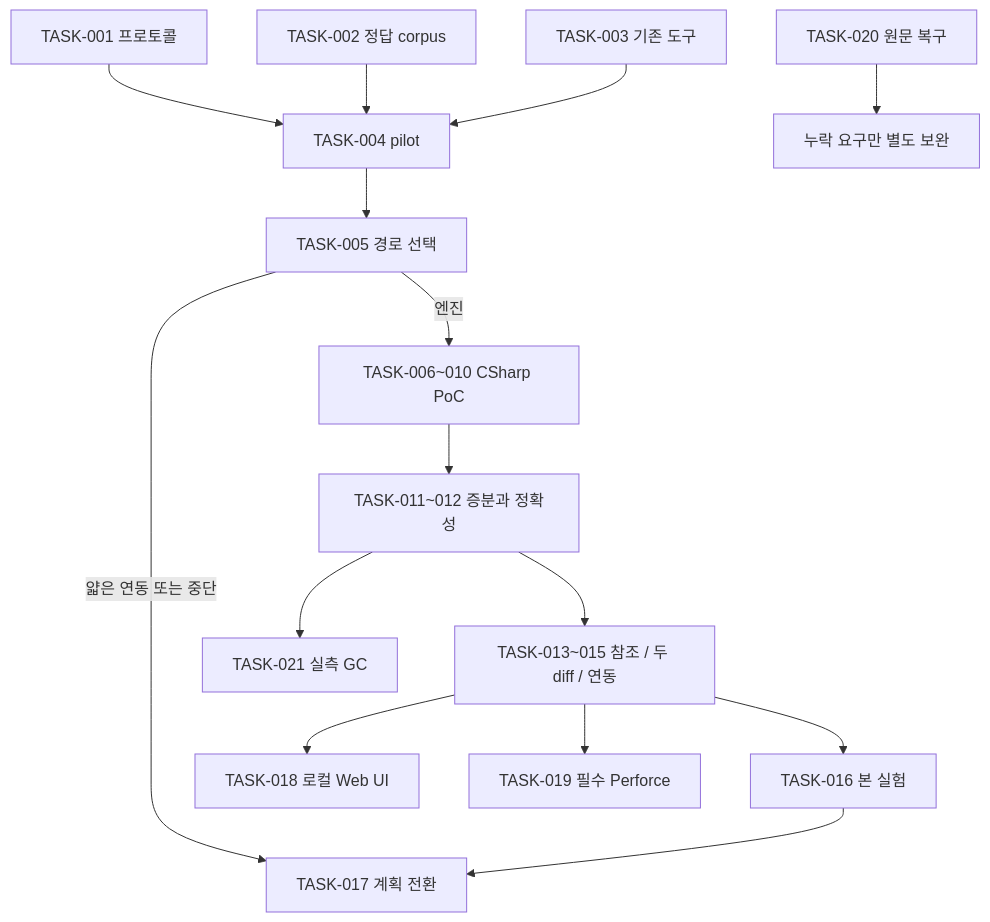
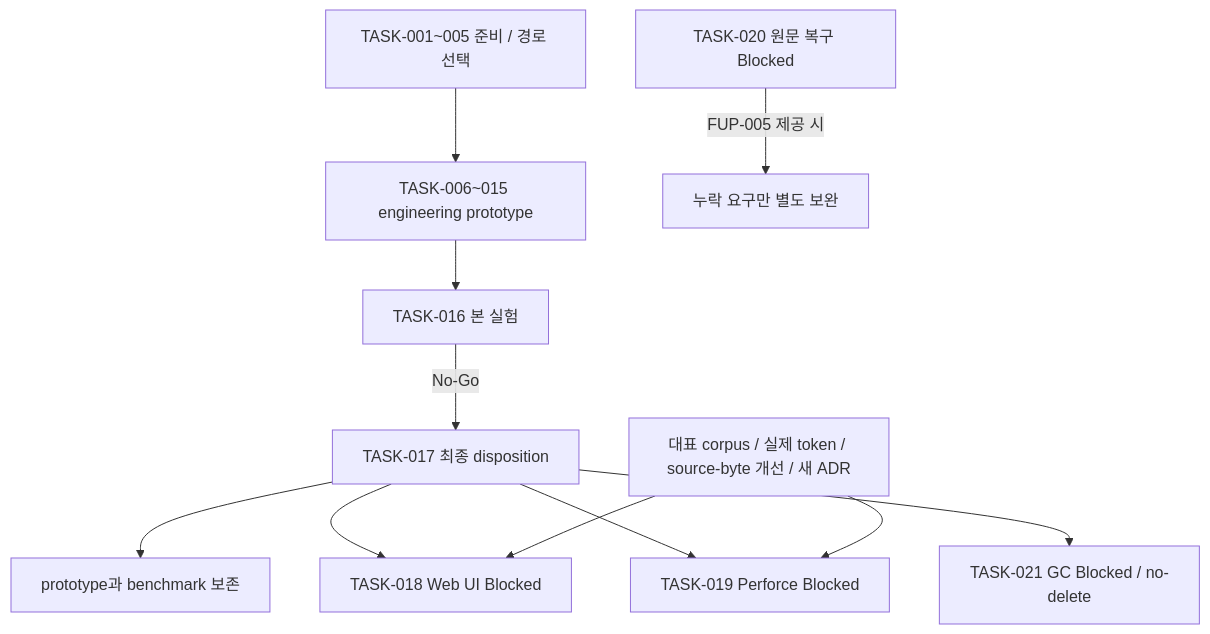
One commit to jaywapp/code-virtualize changed the diagram in docs/prepare/plan.md. Above: the diagram before and after it, drawn with Mermaid. The commit also changed other lines of this file and 141 other files, not shown here.

````diff
--- a/docs/prepare/plan.md
+++ b/docs/prepare/plan.md
@@ -29,17 +29,13 @@
 ```mermaid
 flowchart TD
-    P[TASK-001 프로토콜] --> E[TASK-004 pilot]
-    C[TASK-002 정답 corpus] --> E
-    R[TASK-003 기존 도구] --> E
-    E --> G[TASK-005 경로 선택]
-    G -->|엔진| F[TASK-006~010 CSharp PoC]
-    F --> S[TASK-011~012 증분과 정확성]
-    S --> D[TASK-013~015 참조 / 두 diff / 연동]
-    D --> B[TASK-016 본 실험]
-    D --> U[TASK-018 로컬 Web UI]
-    D --> V[TASK-019 필수 Perforce]
-    S --> K[TASK-021 실측 GC]
-    G -->|얇은 연동 또는 중단| N[TASK-017 계획 전환]
-    B --> N
-    O[TASK-020 원문 복구] --> H[누락 요구만 별도 보완]
+    P[TASK-001~005 준비 / 경로 선택] --> F[TASK-006~015 engineering prototype]
+    F --> B[TASK-016 본 실험]
+    B -->|No-Go| N[TASK-017 최종 disposition]
+    N --> A[prototype과 benchmark 보존]
+    N --> U[TASK-018 Web UI Blocked]
+    N --> V[TASK-019 Perforce Blocked]
+    N --> K[TASK-021 GC Blocked / no-delete]
+    O[TASK-020 원문 복구 Blocked] -->|FUP-005 제공 시| H[누락 요구만 별도 보완]
+    R[대표 corpus / 실제 token / source-byte 개선 / 새 ADR] --> U
+    R --> V
 ```
````
